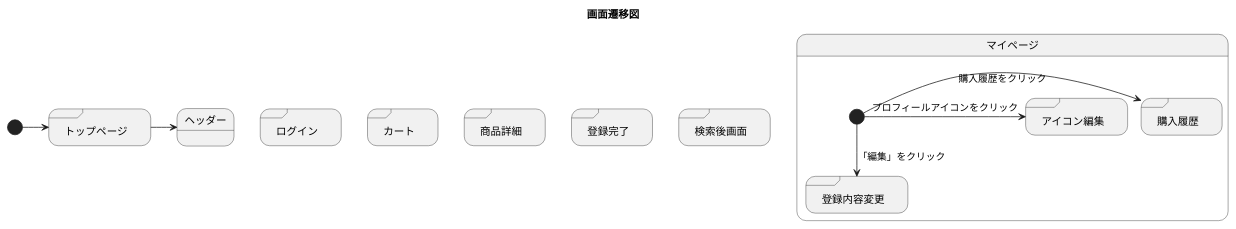
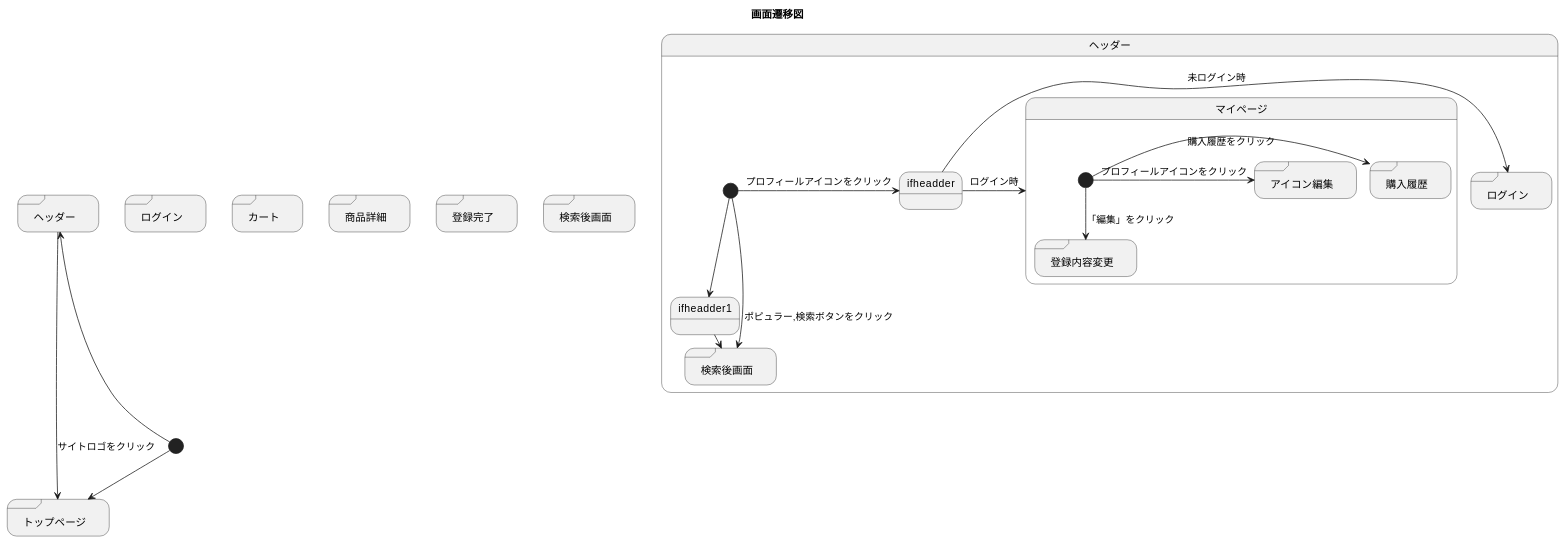
Before and after one commit to akutori/T-D-E: the diagram in UML.md, drawn with PlantUML.

Commit message:
ヘッダー遷移追加

````diff
--- a/UML.md
+++ b/UML.md
@@ -1,29 +1,42 @@
 ```uml
 @startuml
 title 画面遷移図
 state "ログイン" as login <<sdlreceive>>
 state "カート" as cart <<sdlreceive>>
 state "商品詳細" as detail <<sdlreceive>>
 state "トップページ" as main <<sdlreceive>>
 state "登録完了" as completionofregistration <<sdlreceive>>
 state "検索後画面" as search <<sdlreceive>>
-
-[*]->main
-main->ヘッダー
+state "ヘッダー" as headder <<sdlreceive>>
 
 
+
+[*]-->main
+[*]-up->headder
+headder-->main : サイトロゴをクリック
+
 state ヘッダー{
+    state "ログイン" as logininheadder <<sdlreceive>>
+    state ifheadder <<choise>>
+    state ifheadder1 <<choise>>
+    state "検索後画面" as searchinheadder <<sdlreceive>>
+    [*]->ifheadder : プロフィールアイコンをクリック
+    ifheadder->logininheadder : 未ログイン時
+    ifheadder->マイページ : ログイン時
+    [*]-->searchinheadder :ポピュラー,検索ボタンをクリック
+    [*]-right->ifheadder1 : カテゴリ,ハードをクリック
+    ifheadder1 -> searchinheadder : 項目をクリック
+}
 
-}
 
 state マイページ{
 state "購入履歴" as bought <<sdlreceive>>
 state "アイコン編集" as icon <<sdlreceive>>
 state "登録内容変更" as change <<sdlreceive>>
 
 [*]->bought : 購入履歴をクリック
 [*]-->change : 「編集」をクリック
 [*]->icon : プロフィールアイコンをクリック
 }
 @enduml
 ```
````
